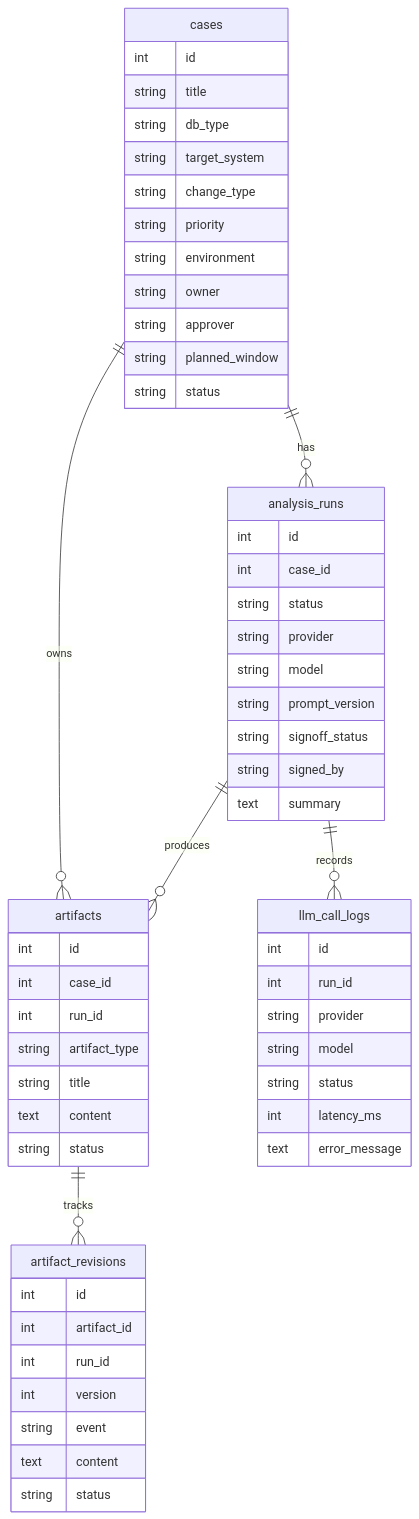
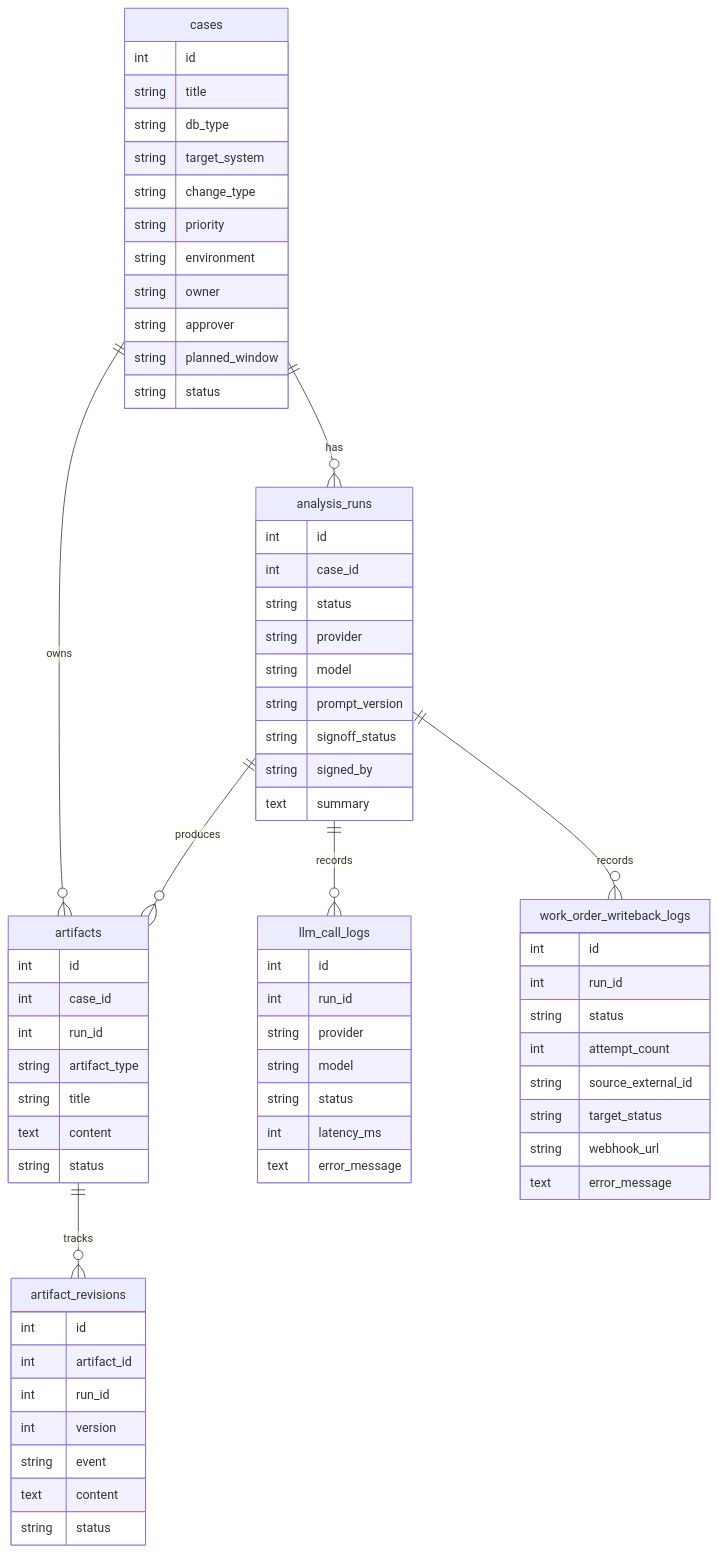
One commit to SadMelody/dba-changeops-ai-workbench changed the second of 3 diagrams in docs/ARCHITECTURE.md. Above: the diagram before and after it, drawn with Mermaid. The commit also changed other lines of this file and 25 other files, not shown here.

````diff
--- a/docs/ARCHITECTURE.md
+++ b/docs/ARCHITECTURE.md
@@ -57,64 +59,76 @@
 ```mermaid
 erDiagram
   cases ||--o{ analysis_runs : has
   cases ||--o{ artifacts : owns
   analysis_runs ||--o{ artifacts : produces
   analysis_runs ||--o{ llm_call_logs : records
+  analysis_runs ||--o{ work_order_writeback_logs : records
   artifacts ||--o{ artifact_revisions : tracks
 
   cases {
     int id
     string title
     string db_type
     string target_system
     string change_type
     string priority
     string environment
     string owner
     string approver
     string planned_window
     string status
   }
 
   analysis_runs {
     int id
     int case_id
     string status
     string provider
     string model
     string prompt_version
     string signoff_status
     string signed_by
     text summary
   }
 
   artifacts {
     int id
     int case_id
     int run_id
     string artifact_type
     string title
     text content
     string status
   }
 
   artifact_revisions {
     int id
     int artifact_id
     int run_id
     int version
     string event
     text content
     string status
   }
 
   llm_call_logs {
     int id
     int run_id
     string provider
     string model
     string status
     int latency_ms
     text error_message
   }
+
+  work_order_writeback_logs {
+    int id
+    int run_id
+    string status
+    int attempt_count
+    string source_external_id
+    string target_status
+    string webhook_url
+    text error_message
+  }
 ```
````
